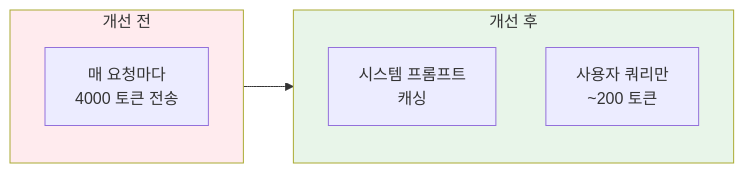
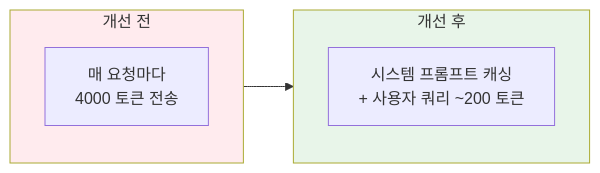
One commit to Gyeom/dev-notes changed the fifth of 9 diagrams in content/posts/2025-12-26-ai-agent-performance-optimization.md. Above: the diagram before and after it, drawn with Mermaid. The commit also changed other lines of this file and 12 other files, not shown here.

First line of the commit message:
Fix: Mermaid 다이어그램 레이아웃 수정 및 가이드 강화

````diff
--- a/content/posts/2025-12-26-ai-agent-performance-optimization.md
+++ b/content/posts/2025-12-26-ai-agent-performance-optimization.md
@@ -133,16 +133,15 @@
 ```mermaid
 flowchart LR
     subgraph Before["개선 전"]
         A["매 요청마다<br/>4000 토큰 전송"]
     end
 
     subgraph After["개선 후"]
-        B["시스템 프롬프트<br/>캐싱"]
-        C["사용자 쿼리만<br/>~200 토큰"]
+        B["시스템 프롬프트 캐싱<br/>+ 사용자 쿼리 ~200 토큰"]
     end
 
     Before --> After
 
     style Before fill:#FFEBEE
     style After fill:#E8F5E9
 ```
````
